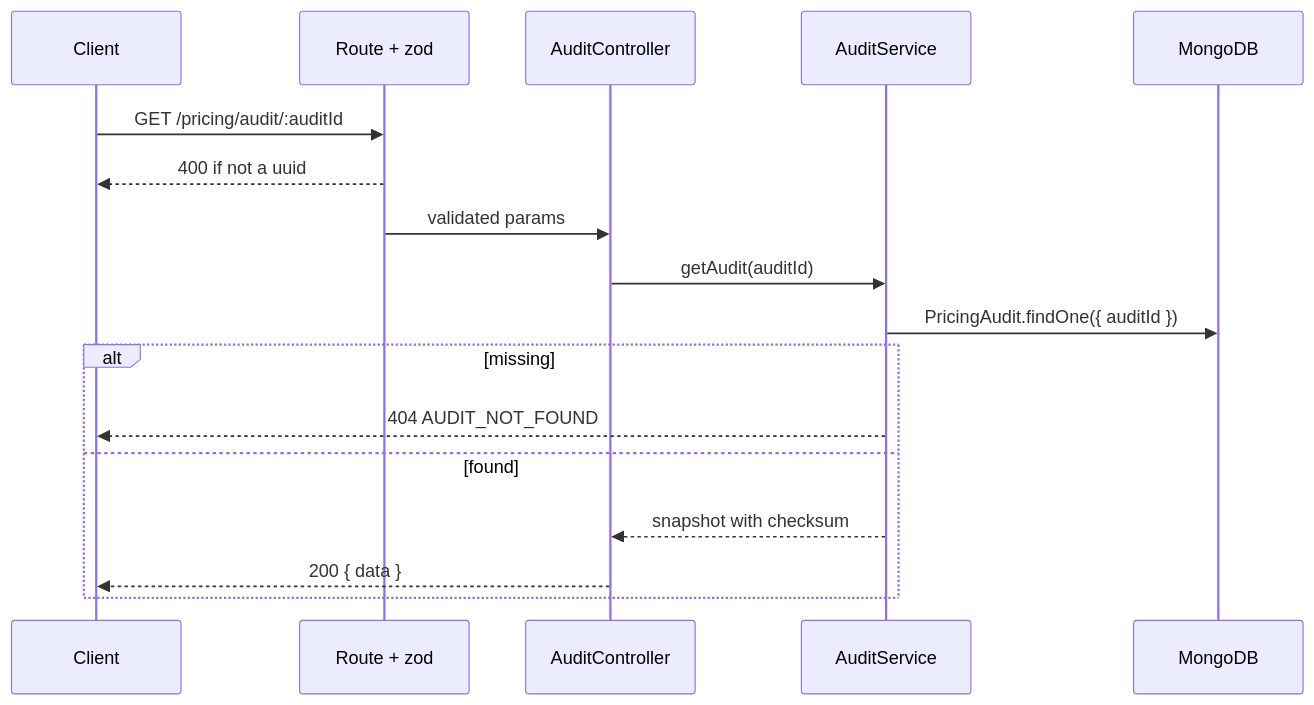
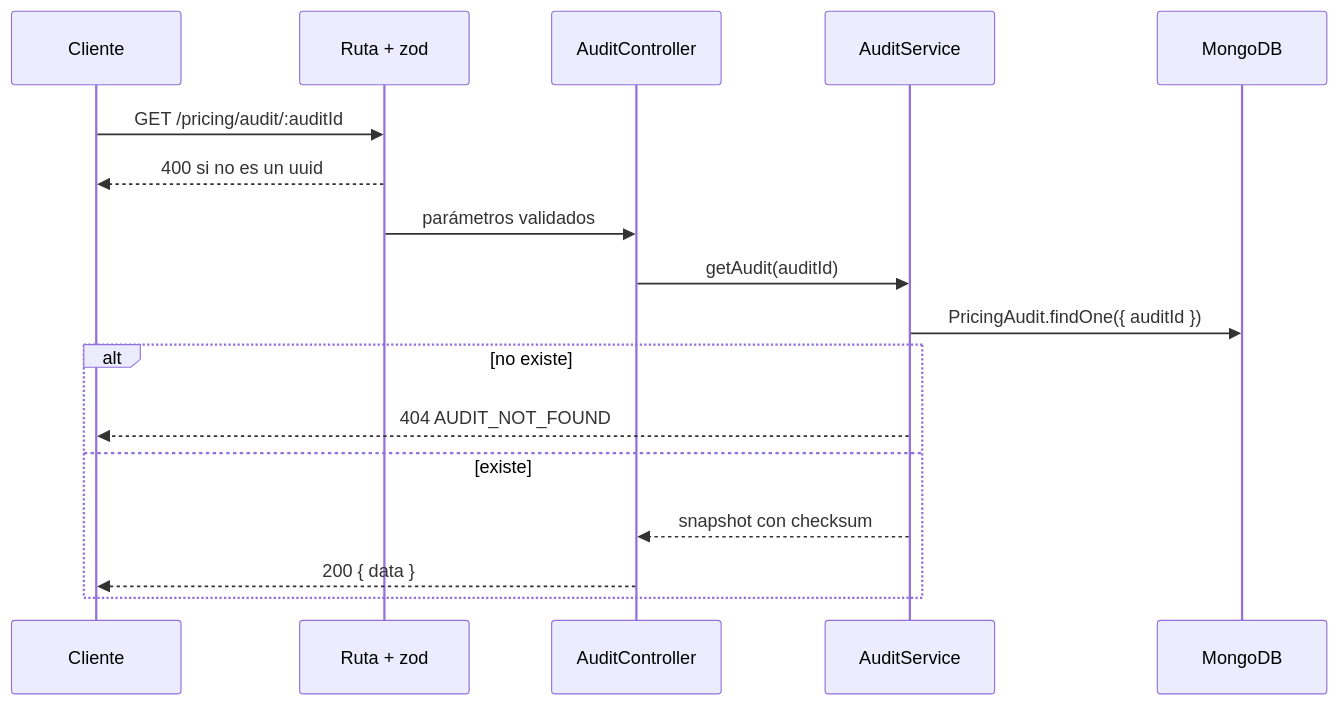
Before and after one commit to Tagle-Azca/DynamicPricing: the fourth of 9 diagrams in docs/ARCHITECTURE.md, drawn with Mermaid. The commit also changed other lines of this file and 64 other files, not shown here.

````diff
--- a/docs/ARCHITECTURE.md
+++ b/docs/ARCHITECTURE.md
@@ -86,19 +89,19 @@
 ```mermaid
 sequenceDiagram
-  participant C as Client
-  participant R as Route + zod
+  participant C as Cliente
+  participant R as Ruta + zod
   participant K as AuditController
   participant S as AuditService
   participant DB as MongoDB
   C->>R: GET /pricing/audit/:auditId
-  R-->>C: 400 if not a uuid
-  R->>K: validated params
+  R-->>C: 400 si no es un uuid
+  R->>K: parámetros validados
   K->>S: getAudit(auditId)
   S->>DB: PricingAudit.findOne({ auditId })
-  alt missing
+  alt no existe
     S-->>C: 404 AUDIT_NOT_FOUND
-  else found
-    S-->>K: snapshot with checksum
+  else existe
+    S-->>K: snapshot con checksum
     K-->>C: 200 { data }
   end
 ```
````
